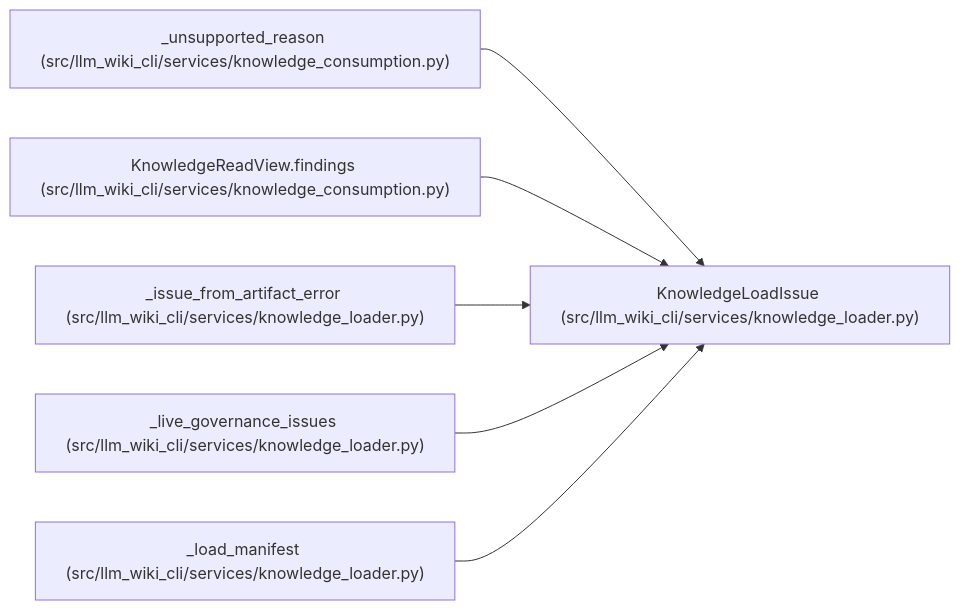
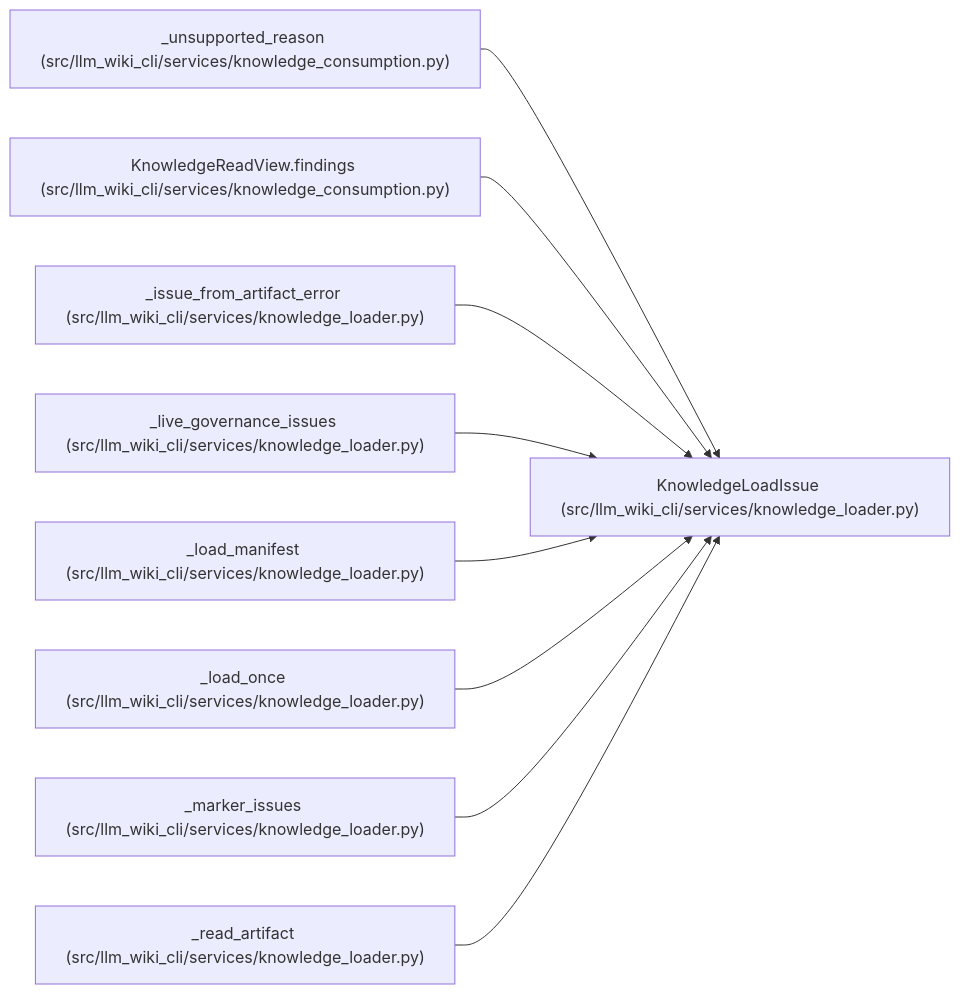
One commit to Denissvgn/python-wiki-llm changed the diagram in docs/llm_wiki/entities/KnowledgeLoadIssue.md. Above: the diagram before and after it, drawn with Mermaid. The commit also changed other lines of this file and 493 other files, not shown here.

````diff
--- a/docs/llm_wiki/entities/KnowledgeLoadIssue.md
+++ b/docs/llm_wiki/entities/KnowledgeLoadIssue.md
@@ -30,20 +30,29 @@
 ```mermaid
 flowchart LR
     n0["KnowledgeLoadIssue (src/llm_wiki_cli/services/knowledge_loader.py)"]
     n1["_unsupported_reason (src/llm_wiki_cli/services/knowledge_consumption.py)"]
     n2["KnowledgeReadView.findings (src/llm_wiki_cli/services/knowledge_consumption.py)"]
     n3["_issue_from_artifact_error (src/llm_wiki_cli/services/knowledge_loader.py)"]
     n4["_live_governance_issues (src/llm_wiki_cli/services/knowledge_loader.py)"]
     n5["_load_manifest (src/llm_wiki_cli/services/knowledge_loader.py)"]
+    n6["_load_once (src/llm_wiki_cli/services/knowledge_loader.py)"]
+    n7["_marker_issues (src/llm_wiki_cli/services/knowledge_loader.py)"]
+    n8["_read_artifact (src/llm_wiki_cli/services/knowledge_loader.py)"]
     n1 --> n0
     n2 --> n0
     n3 --> n0
     n4 --> n0
     n5 --> n0
+    n6 --> n0
+    n7 --> n0
+    n8 --> n0
     click n0 "../modules/knowledge_loader.md"
     click n1 "../modules/knowledge_consumption.md"
     click n2 "../modules/knowledge_consumption.md"
     click n3 "../modules/knowledge_loader.md"
     click n4 "../modules/knowledge_loader.md"
     click n5 "../modules/knowledge_loader.md"
+    click n6 "../modules/knowledge_loader.md"
+    click n7 "../modules/knowledge_loader.md"
+    click n8 "../modules/knowledge_loader.md"
 ```
````
